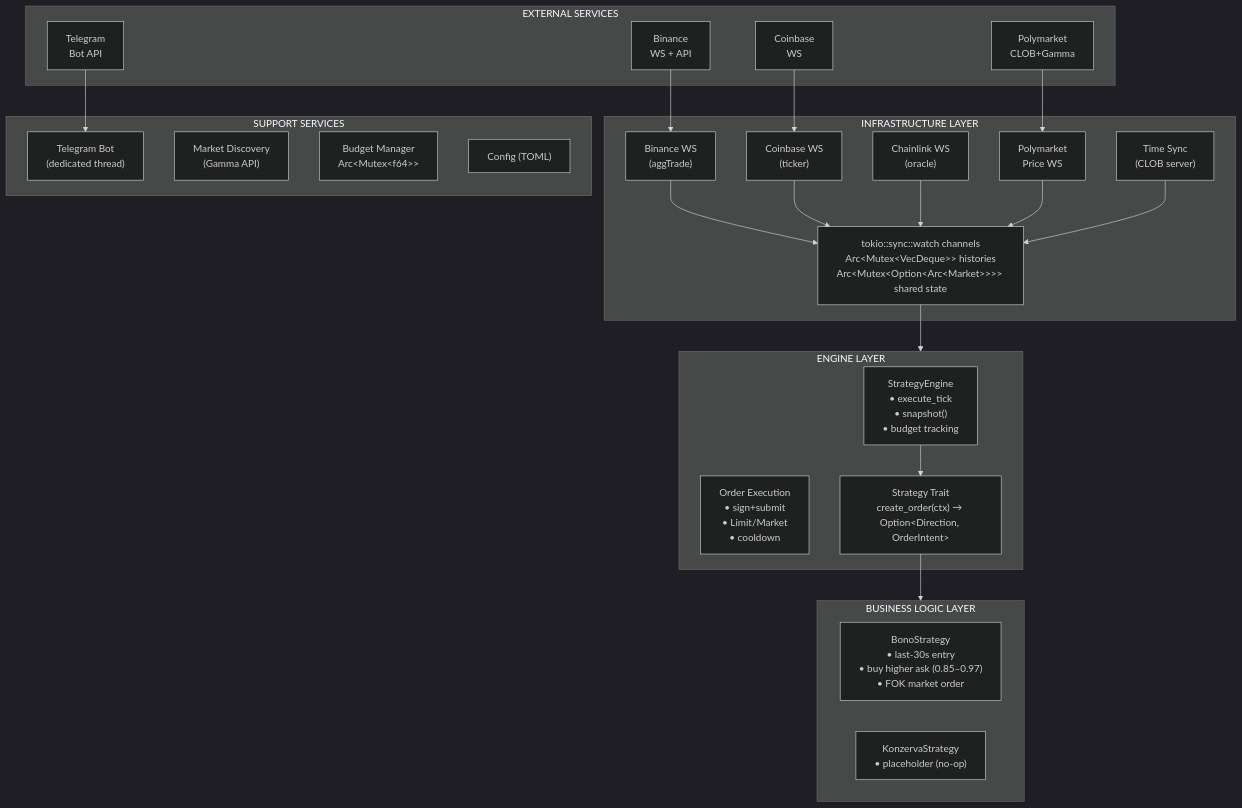
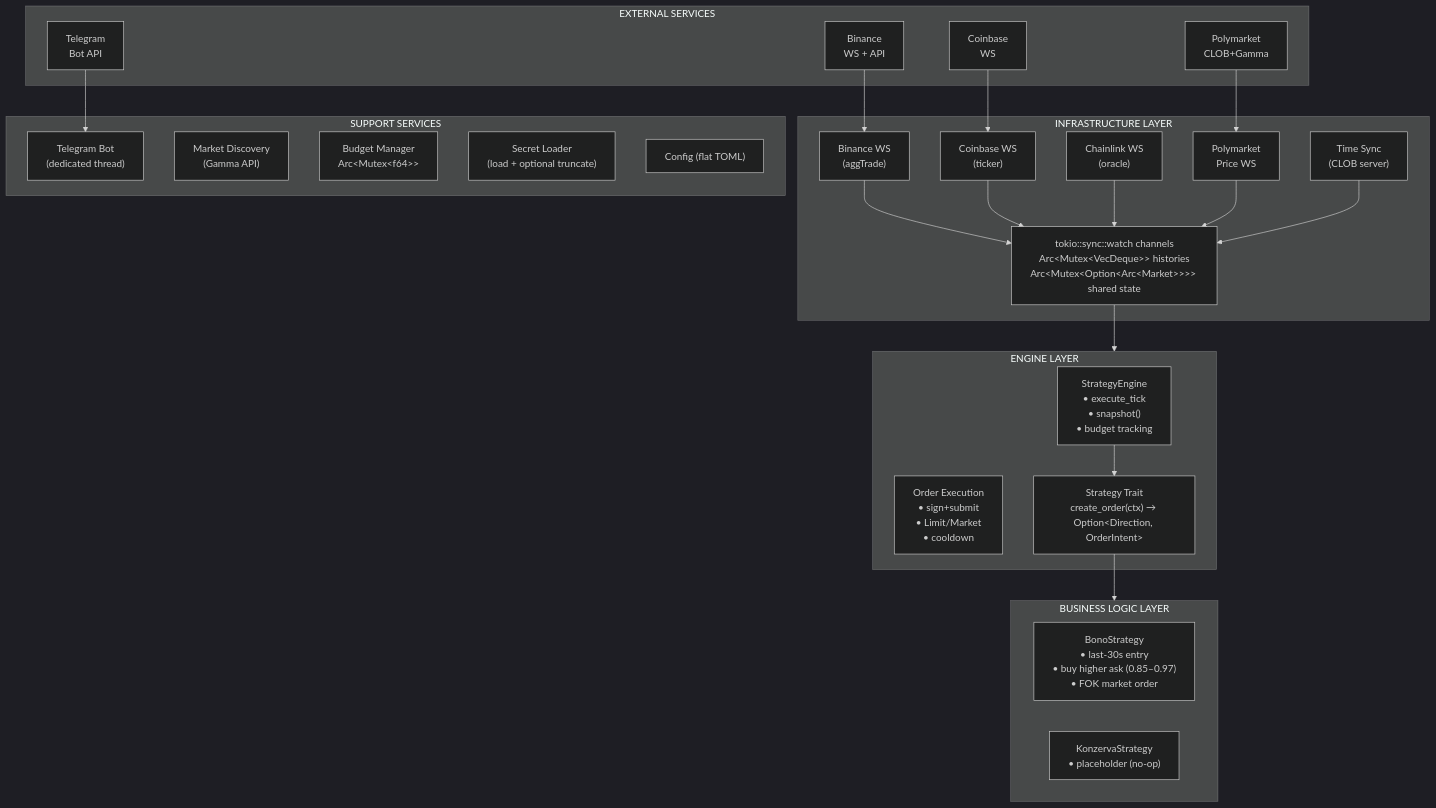
Before and after one commit to bbono/serekes: the first of 3 diagrams in docs/ARCHITECTURE.md, drawn with Mermaid (dark theme). The commit also changed other lines of this file and 1 other file, not shown here.

````diff
--- a/docs/ARCHITECTURE.md
+++ b/docs/ARCHITECTURE.md
@@ -9,48 +9,49 @@
 ```mermaid
 graph TD
     subgraph INFRA["INFRASTRUCTURE LAYER"]
         BIN_WS["Binance WS<br/>(aggTrade)"]
         CB_WS["Coinbase WS<br/>(ticker)"]
         CL_WS["Chainlink WS<br/>(oracle)"]
         PM_WS["Polymarket<br/>Price WS"]
         SYNC["Time Sync<br/>(CLOB server)"]
         CHANNELS["tokio::sync::watch channels<br/>Arc&lt;Mutex&lt;VecDeque&gt;&gt; histories<br/>Arc&lt;Mutex&lt;Option&lt;Arc&lt;Market&gt;&gt;&gt;&gt; shared state"]
     end
 
     BIN_WS & CB_WS & CL_WS & PM_WS & SYNC --> CHANNELS
 
     subgraph ENGINE["ENGINE LAYER"]
         SE["StrategyEngine<br/>• execute_tick<br/>• snapshot()<br/>• budget tracking"]
         OE["Order Execution<br/>• sign+submit<br/>• Limit/Market<br/>• cooldown"]
         TRAIT["Strategy Trait<br/>create_order(ctx) → Option&lt;Direction, OrderIntent&gt;"]
         SE --> TRAIT
     end
 
     CHANNELS --> ENGINE
 
     subgraph BIZ["BUSINESS LOGIC LAYER"]
         BONO["BonoStrategy<br/>• last-30s entry<br/>• buy higher ask (0.85–0.97)<br/>• FOK market order"]
         KONZ["KonzervaStrategy<br/>• placeholder (no-op)"]
     end
 
     TRAIT --> BIZ
 
     subgraph SUPPORT["SUPPORT SERVICES"]
         TG["Telegram Bot<br/>(dedicated thread)"]
         MD["Market Discovery<br/>(Gamma API)"]
         BUDGET["Budget Manager<br/>Arc&lt;Mutex&lt;f64&gt;&gt;"]
-        CFG["Config (TOML)"]
+        SECRETS["Secret Loader<br/>(load + optional truncate)"]
+        CFG["Config (flat TOML)"]
     end
 
     subgraph EXT["EXTERNAL SERVICES"]
         E_BIN["Binance<br/>WS + API"]
         E_CB["Coinbase<br/>WS"]
         E_PM["Polymarket<br/>CLOB+Gamma"]
         E_TG["Telegram<br/>Bot API"]
     end
 
     E_BIN --> BIN_WS
     E_CB --> CB_WS
     E_PM --> PM_WS
     E_TG --> TG
 ```
````
